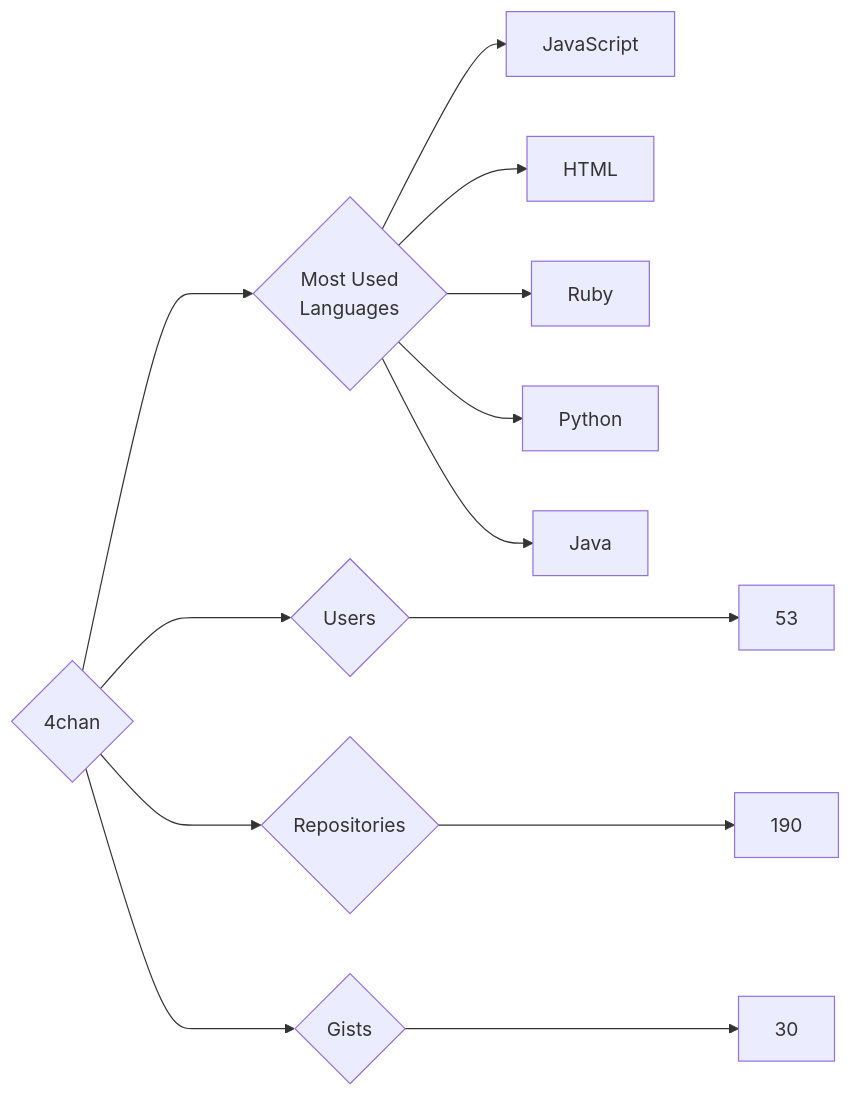
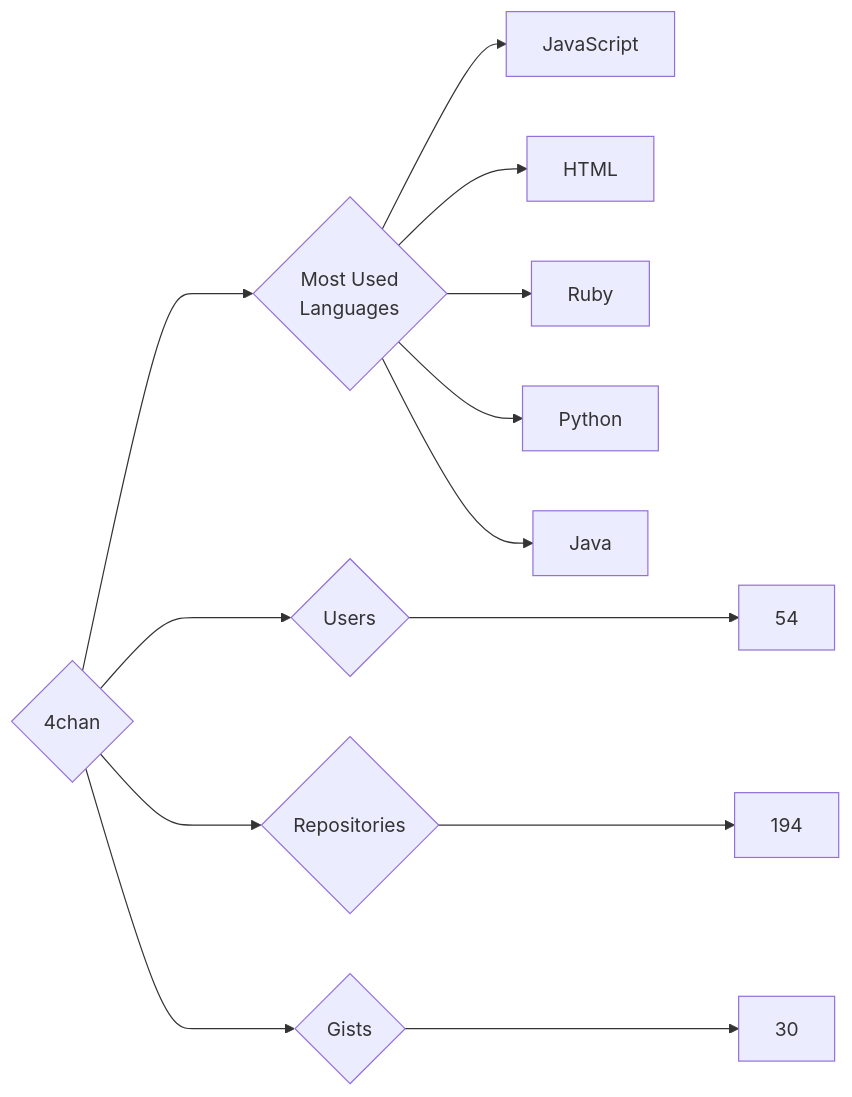
One commit to trickest/insiders changed the diagram in targets/4chan/README.md. Above: the diagram before and after it, drawn with Mermaid. The commit also changed 1003 other files, not shown here.

````diff
--- a/targets/4chan/README.md
+++ b/targets/4chan/README.md
@@ -3,13 +3,13 @@
 ```mermaid
 graph LR
 COMPANY_NAME{4chan}
-COMPANY_NAME ---> U{Users} ---> UN[53]
-COMPANY_NAME ---> R{Repositories} ---> RN[190]
+COMPANY_NAME ---> U{Users} ---> UN[54]
+COMPANY_NAME ---> R{Repositories} ---> RN[194]
 COMPANY_NAME ---> G{Gists} ---> GN[30]
 COMPANY_NAME ---> ML{Most Used<br>Languages}
 ML --> JavaScript[JavaScript]
 ML --> HTML[HTML]
 ML --> Ruby[Ruby]
 ML --> Python[Python]
 ML --> Java[Java]
 ```
````
